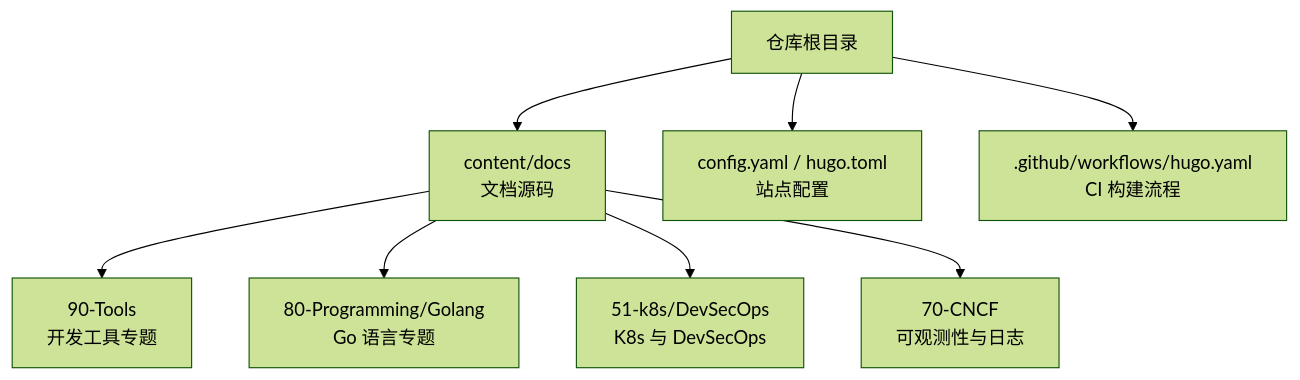
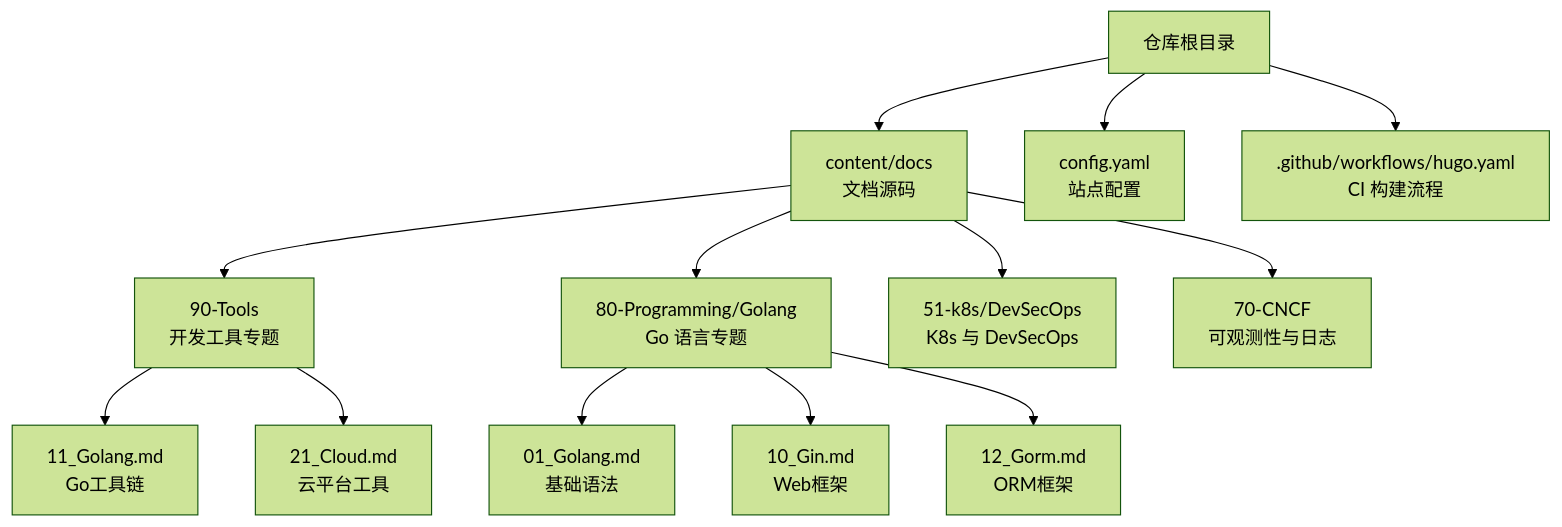
The first of 4 diagrams in .qoder/repowiki/zh/content/技术文档体系/开发工具指南/开发工具指南.md (nianjiang/nianjiang.github.io), drawn with Mermaid (forest theme) before and after one commit. The commit also changed other lines of this file and 21 other files, not shown here.

````diff
--- a/.qoder/repowiki/zh/content/技术文档体系/开发工具指南/开发工具指南.md
+++ b/.qoder/repowiki/zh/content/技术文档体系/开发工具指南/开发工具指南.md
@@ -45,10 +51,15 @@
 ```mermaid
 graph TB
 A["仓库根目录"] --> B["content/docs<br/>文档源码"]
-A --> C["config.yaml / hugo.toml<br/>站点配置"]
+A --> C["config.yaml<br/>站点配置"]
 A --> D[".github/workflows/hugo.yaml<br/>CI 构建流程"]
 B --> E["90-Tools<br/>开发工具专题"]
 B --> F["80-Programming/Golang<br/>Go 语言专题"]
 B --> G["51-k8s/DevSecOps<br/>K8s 与 DevSecOps"]
 B --> H["70-CNCF<br/>可观测性与日志"]
+E --> I["11_Golang.md<br/>Go工具链"]
+E --> J["21_Cloud.md<br/>云平台工具"]
+F --> K["01_Golang.md<br/>基础语法"]
+F --> L["10_Gin.md<br/>Web框架"]
+F --> M["12_Gorm.md<br/>ORM框架"]
 ```
````
